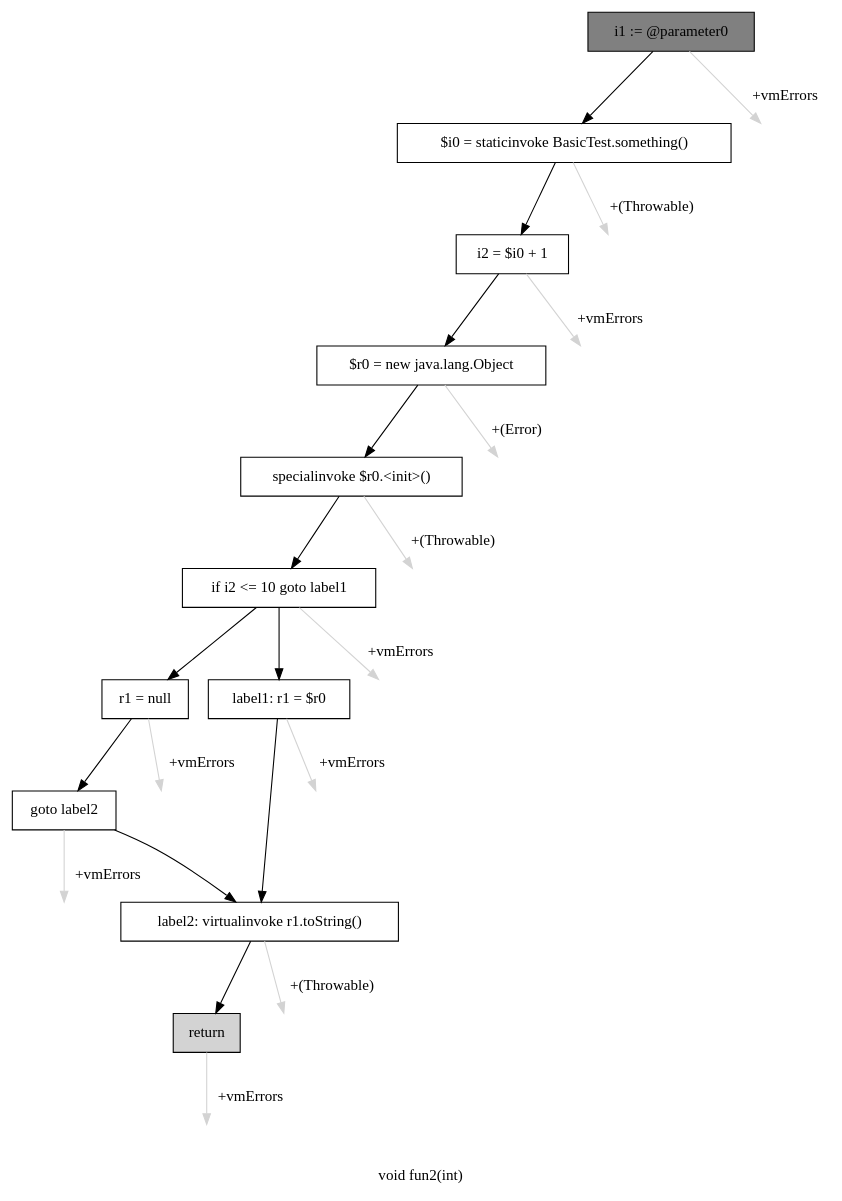
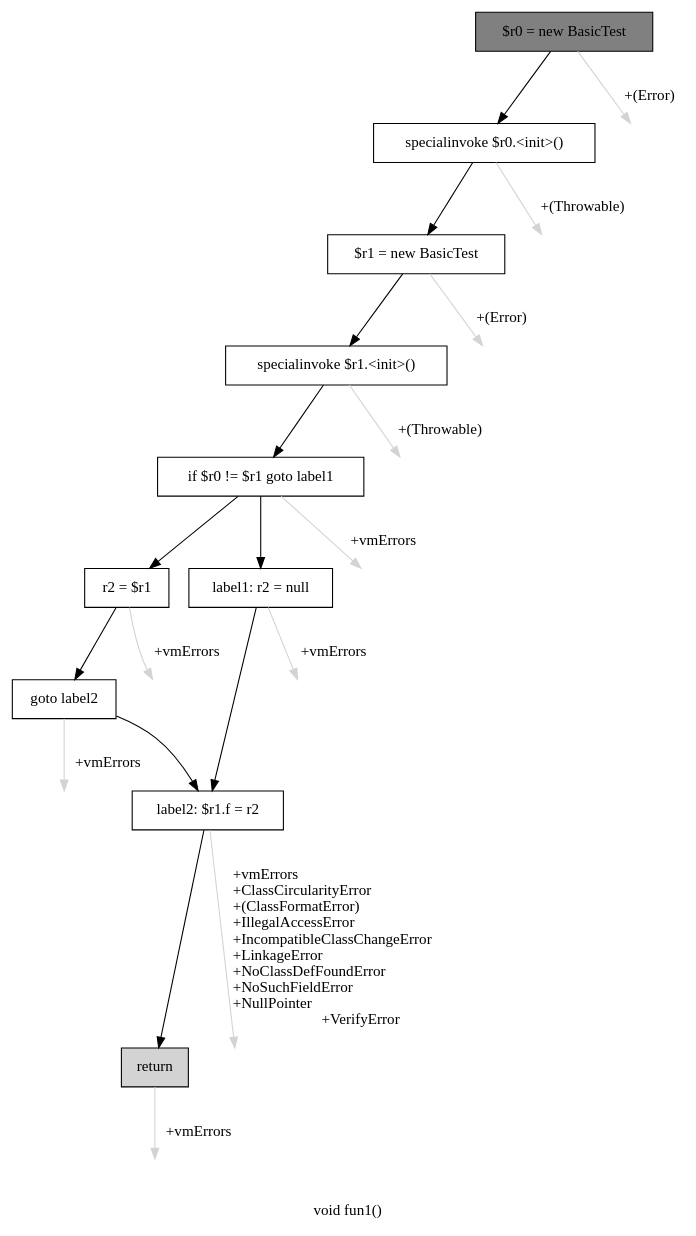
Before and after one commit to gourishankerJK/DeReference-Pointer-Analysis: the diagram in cfg.dot, drawn with Graphviz. The commit also changed 5 other files, not shown here.

```diff
--- a/cfg.dot
+++ b/cfg.dot
@@ -1,48 +1,44 @@
-digraph "void fun2(int)" {
-    label="void fun2(int)";
+digraph "void fun1()" {
+    label="void fun1()";
     node [shape=box];
-    "0" [style=filled,fillcolor=gray,label="i1 := @parameter0",];
-    "1" [label="$i0 = staticinvoke BasicTest.something()",];
+    "0" [style=filled,fillcolor=gray,label="$r0 = new BasicTest",];
+    "1" [label="specialinvoke $r0.<init>()",];
     "0"->"1" [color=black,];
+    "10" [style=invis,label="Esc",];
+    "0"->"10" [color=lightgray,label="\l+(Error)",];
+    "2" [label="$r1 = new BasicTest",];
+    "1"->"2" [color=black,];
     "11" [style=invis,label="Esc",];
-    "0"->"11" [color=lightgray,label="\l+vmErrors",];
-    "2" [label="i2 = $i0 + 1",];
-    "1"->"2" [color=black,];
+    "1"->"11" [color=lightgray,label="\l+(Throwable)",];
+    "3" [label="specialinvoke $r1.<init>()",];
+    "2"->"3" [color=black,];
     "12" [style=invis,label="Esc",];
-    "1"->"12" [color=lightgray,label="\l+(Throwable)",];
-    "3" [label="$r0 = new java.lang.Object",];
-    "2"->"3" [color=black,];
+    "2"->"12" [color=lightgray,label="\l+(Error)",];
+    "4" [label="if $r0 != $r1 goto label1",];
+    "3"->"4" [color=black,];
     "13" [style=invis,label="Esc",];
-    "2"->"13" [color=lightgray,label="\l+vmErrors",];
-    "4" [label="specialinvoke $r0.<init>()",];
-    "3"->"4" [color=black,];
+    "3"->"13" [color=lightgray,label="\l+(Throwable)",];
+    "5" [label="r2 = $r1",];
+    "4"->"5" [color=black,];
+    "7" [label="label1: r2 = null",];
+    "4"->"7" [color=black,];
     "14" [style=invis,label="Esc",];
-    "3"->"14" [color=lightgray,label="\l+(Error)",];
-    "5" [label="if i2 <= 10 goto label1",];
-    "4"->"5" [color=black,];
+    "4"->"14" [color=lightgray,label="\l+vmErrors",];
+    "6" [label="goto label2",];
+    "5"->"6" [color=black,];
     "15" [style=invis,label="Esc",];
-    "4"->"15" [color=lightgray,label="\l+(Throwable)",];
-    "6" [label="r1 = null",];
-    "5"->"6" [color=black,];
-    "8" [label="label1: r1 = $r0",];
-    "5"->"8" [color=black,];
+    "5"->"15" [color=lightgray,label="\l+vmErrors",];
+    "8" [label="label2: $r1.f = r2",];
+    "6"->"8" [color=black,];
     "16" [style=invis,label="Esc",];
-    "5"->"16" [color=lightgray,label="\l+vmErrors",];
-    "7" [label="goto label2",];
-    "6"->"7" [color=black,];
+    "6"->"16" [color=lightgray,label="\l+vmErrors",];
+    "7"->"8" [color=black,];
     "17" [style=invis,label="Esc",];
-    "6"->"17" [color=lightgray,label="\l+vmErrors",];
-    "9" [label="label2: virtualinvoke r1.toString()",];
-    "7"->"9" [color=black,];
+    "7"->"17" [color=lightgray,label="\l+vmErrors",];
+    "9" [style=filled,fillcolor=lightgray,label="return",];
+    "8"->"9" [color=black,];
     "18" [style=invis,label="Esc",];
-    "7"->"18" [color=lightgray,label="\l+vmErrors",];
-    "8"->"9" [color=black,];
+    "8"->"18" [color=lightgray,label="\l+vmErrors\l+ClassCircularityError\l+(ClassFormatError)\l+IllegalAccessError\l+IncompatibleClassChangeError\l+LinkageError\l+NoClassDefFoundError\l+NoSuchFieldError\l+NullPointer\l+VerifyError",];
     "19" [style=invis,label="Esc",];
-    "8"->"19" [color=lightgray,label="\l+vmErrors",];
-    "10" [style=filled,fillcolor=lightgray,label="return",];
-    "9"->"10" [color=black,];
-    "20" [style=invis,label="Esc",];
-    "9"->"20" [color=lightgray,label="\l+(Throwable)",];
-    "21" [style=invis,label="Esc",];
-    "10"->"21" [color=lightgray,label="\l+vmErrors",];
+    "9"->"19" [color=lightgray,label="\l+vmErrors",];
 }
```
